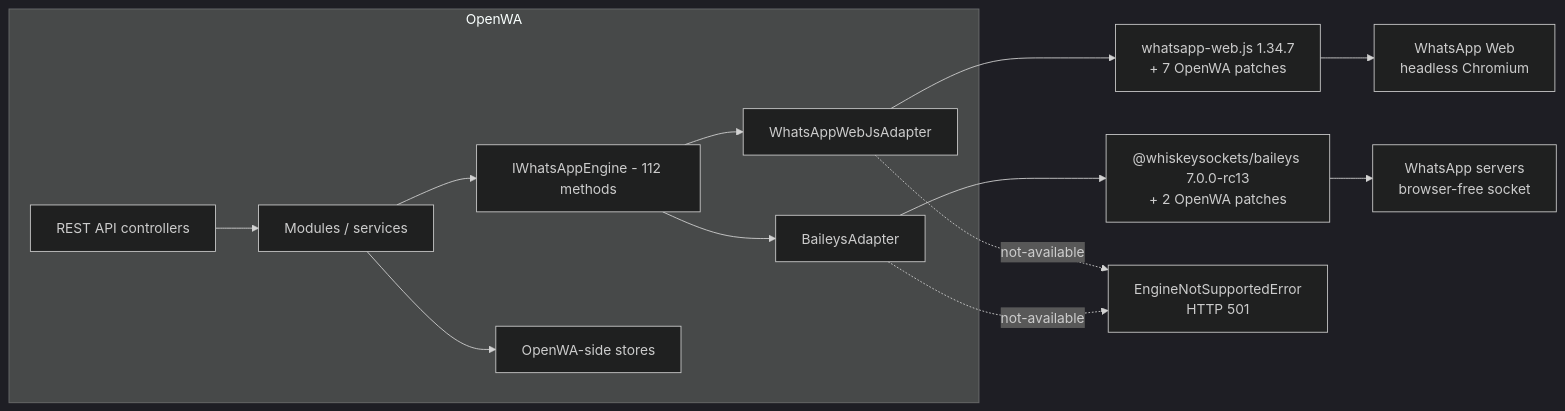
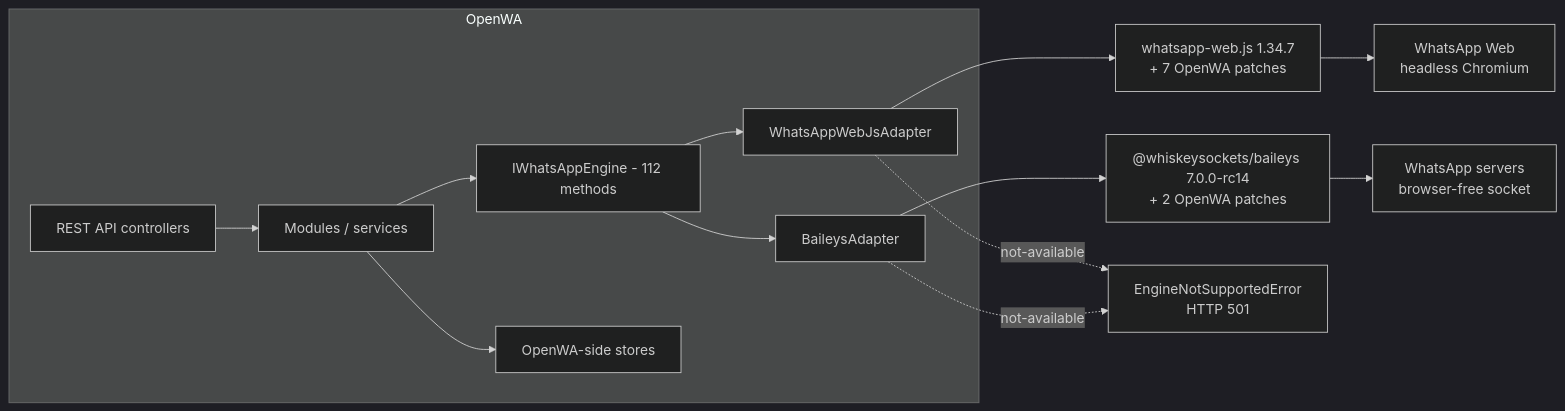
The first of 2 diagrams in docs/29-engine-capability-matrix.md (MadeInBio/Dokploy-OpenWA), drawn with Mermaid (dark theme) before and after one commit. The commit also changed other lines of this file and 1 other file, not shown here.

Commit message:
fix(docs): name the Baileys build the tree actually installs
docs/29 stated 7.0.0-rc13 in its intro and its architecture diagram while
package.json pins 7.0.0-rc14. The file exists to be the authority on what
each engine can do, so naming a build the tree does not install undermines
the one thing it is for.

Nothing read those two figures. The counts spec already binds every
count-shaped claim in that document to the matrix it restates; it now binds
the two library versions to the pins as well, and rejects any other complete
version of either library. A major.minor.x form is left alone: that names a
release line, not a build.

````diff
--- a/docs/29-engine-capability-matrix.md
+++ b/docs/29-engine-capability-matrix.md
@@ -43,16 +43,16 @@
 ```mermaid
 flowchart LR
     subgraph OpenWA["OpenWA"]
         API["REST API controllers"] --> SVC["Modules / services"]
         SVC --> IF["IWhatsAppEngine - 112 methods"]
         IF --> WA["WhatsAppWebJsAdapter"]
         IF --> BA["BaileysAdapter"]
         SVC --> STORE["OpenWA-side stores"]
     end
     WA --> WLIB["whatsapp-web.js 1.34.7<br/>+ 7 OpenWA patches"]
-    BA --> BLIB["@whiskeysockets/baileys 7.0.0-rc13<br/>+ 2 OpenWA patches"]
+    BA --> BLIB["@whiskeysockets/baileys 7.0.0-rc14<br/>+ 2 OpenWA patches"]
     WLIB --> WEB["WhatsApp Web<br/>headless Chromium"]
     BLIB --> WAS["WhatsApp servers<br/>browser-free socket"]
     WA -.->|"not-available"| E["EngineNotSupportedError<br/>HTTP 501"]
     BA -.->|"not-available"| E
 ```
````
